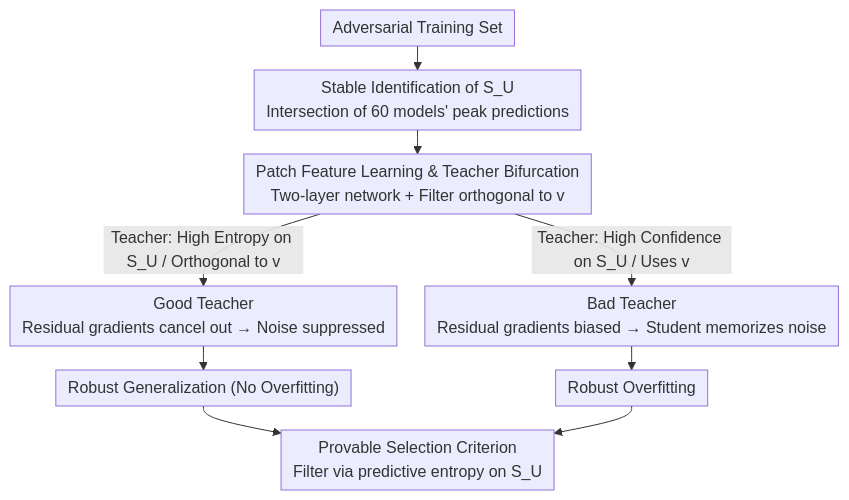
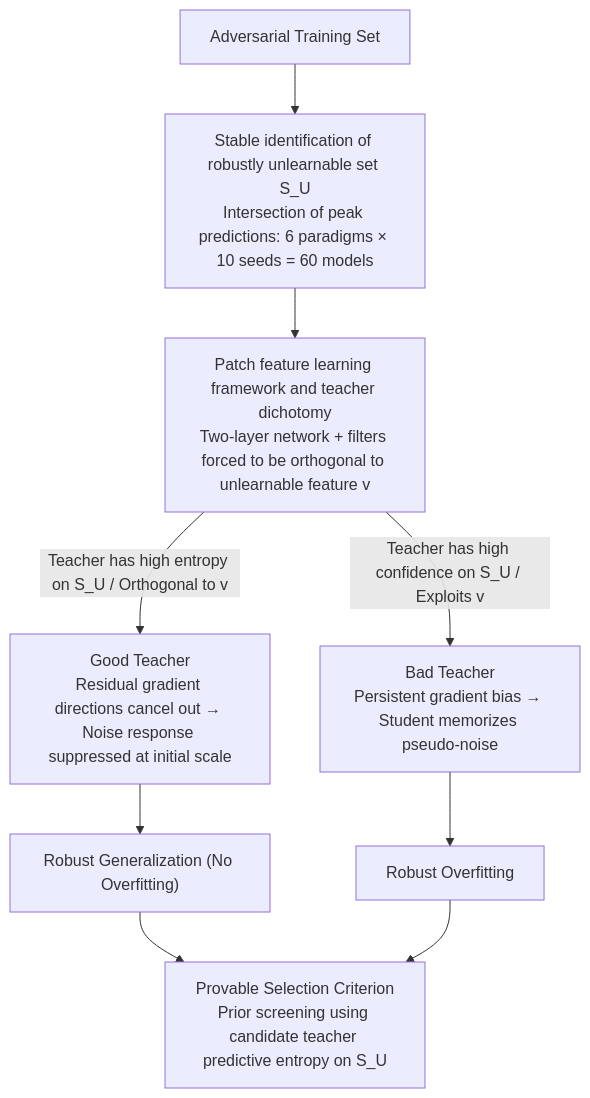
One commit to zhaoyang97/Paper-Notes-en changed the diagram in docs/ICML2026/model_compression/toward_understanding_adversarial_distillation_why_robust_teachers_fail.md. Above: the diagram before and after it, drawn with Mermaid. The commit also changed other lines of this file and 5084 other files, not shown here.

````diff
--- a/docs/ICML2026/model_compression/toward_understanding_adversarial_distillation_why_robust_teachers_fail.md
+++ b/docs/ICML2026/model_compression/toward_understanding_adversarial_distillation_why_robust_teachers_fail.md
@@ -41,12 +41,11 @@
 ```mermaid
-%%{init: {'flowchart': {'rankSpacing': 24, 'nodeSpacing': 28, 'padding': 6, 'wrappingWidth': 400}}}%%
-flowchart TD
-    A["Adversarial Training Set"] --> B["Stable Identification of S_U<br/>Intersection of 60 models' peak predictions"]
-    B --> C["Patch Feature Learning & Teacher Bifurcation<br/>Two-layer network + Filter orthogonal to v"]
-    C -->|Teacher: High Entropy on S_U / Orthogonal to v| D["Good Teacher<br/>Residual gradients cancel out → Noise suppressed"]
-    C -->|Teacher: High Confidence on S_U / Uses v| E["Bad Teacher<br/>Residual gradients biased → Student memorizes noise"]
+graph TD
+    A["Adversarial Training Set"] --> B["Stable identification of robustly unlearnable set S_U<br/>Intersection of peak predictions: 6 paradigms × 10 seeds = 60 models"]
+    B --> C["Patch feature learning framework and teacher dichotomy<br/>Two-layer network + filters forced to be orthogonal to unlearnable feature v"]
+    C -->|Teacher has high entropy on S_U / Orthogonal to v| D["Good Teacher<br/>Residual gradient directions cancel out → Noise response suppressed at initial scale"]
+    C -->|Teacher has high confidence on S_U / Exploits v| E["Bad Teacher<br/>Persistent gradient bias → Student memorizes pseudo-noise"]
     D --> F["Robust Generalization (No Overfitting)"]
     E --> G["Robust Overfitting"]
-    F --> H["Provable Selection Criterion<br/>Filter via predictive entropy on S_U"]
+    F --> H["Provable Selection Criterion<br/>Prior screening using candidate teacher predictive entropy on S_U"]
     G --> H
 ```
````
